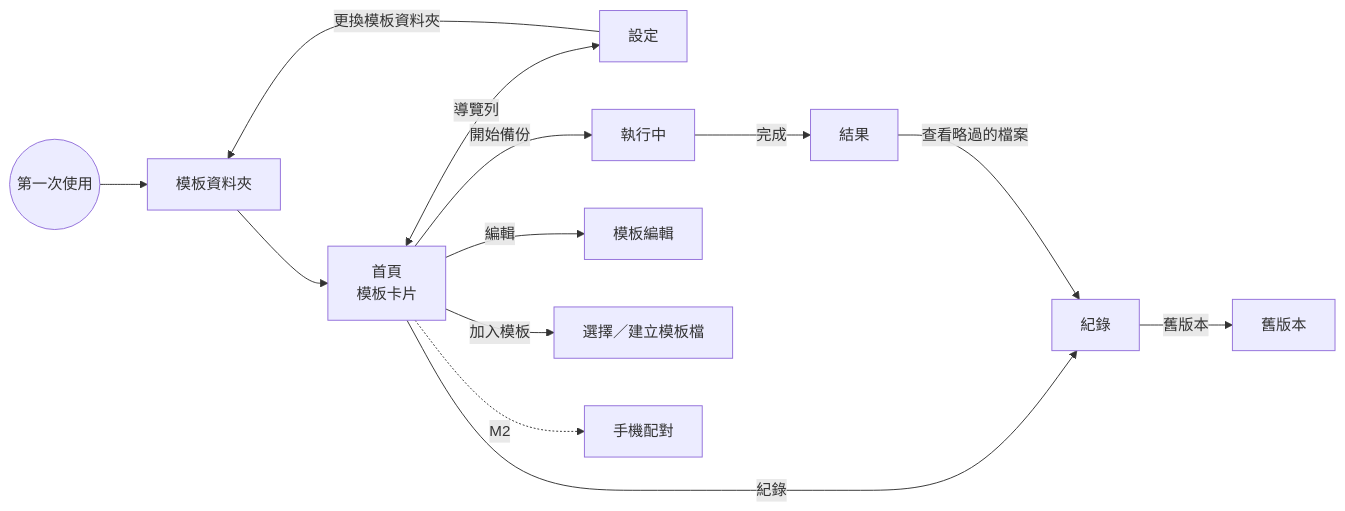
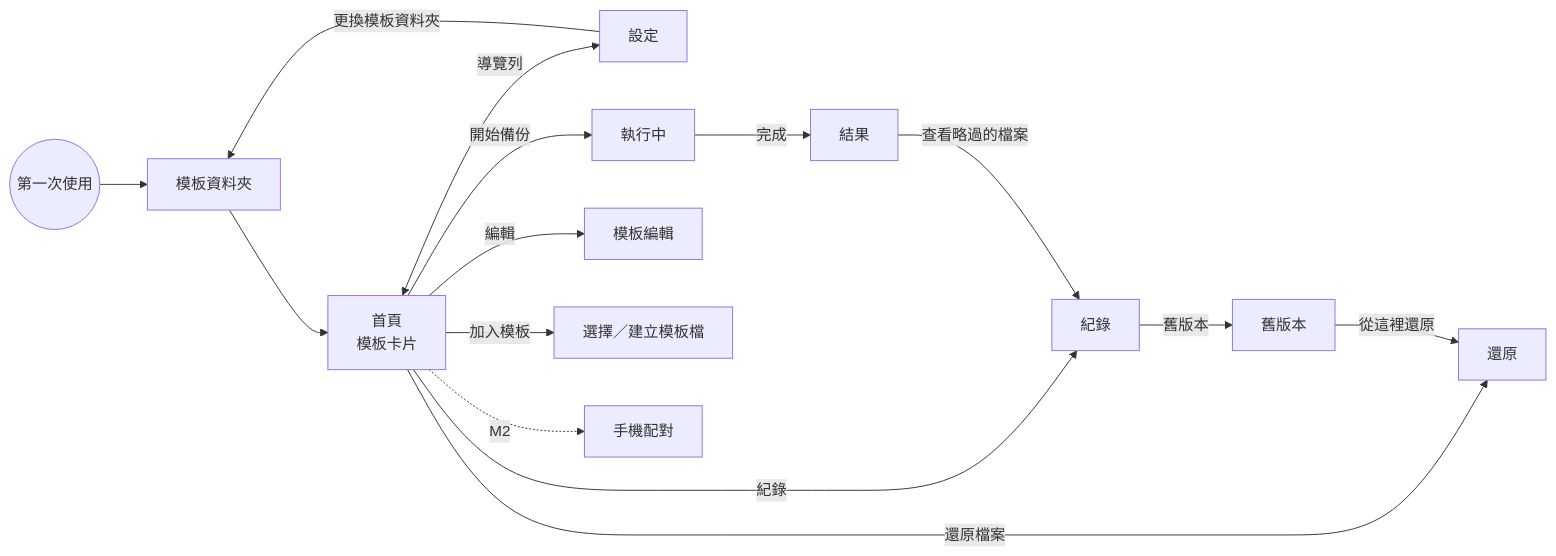
One commit to SpringRain555/nucifraga changed the diagram in docs/architecture/ui-workflows.md. Above: the diagram before and after it, drawn with Mermaid. The commit also changed other lines of this file and 18 other files, not shown here.

````diff
--- a/docs/architecture/ui-workflows.md
+++ b/docs/architecture/ui-workflows.md
@@ -17,16 +17,18 @@
 ```mermaid
 %% name: screens
 flowchart LR
   START(("第一次使用")) --> FOLDER["模板資料夾"]
   FOLDER --> HOME
   HOME <-->|"導覽列"| SET["設定"]
   SET -->|"更換模板資料夾"| FOLDER
   HOME["首頁<br/>模板卡片"] -->|"開始備份"| RUN["執行中"]
   HOME -->|"編輯"| EDIT["模板編輯"]
   HOME -->|"加入模板"| ADD["選擇／建立模板檔"]
   HOME -->|"紀錄"| LOG["紀錄"]
   RUN -->|"完成"| RESULT["結果"]
   RESULT -->|"查看略過的檔案"| LOG
   LOG -->|"舊版本"| VER["舊版本"]
+  HOME -->|"還原檔案"| RST["還原"]
+  VER -->|"從這裡還原"| RST
   HOME -.->|"M2"| PHONE["手機配對"]
 ```
````
